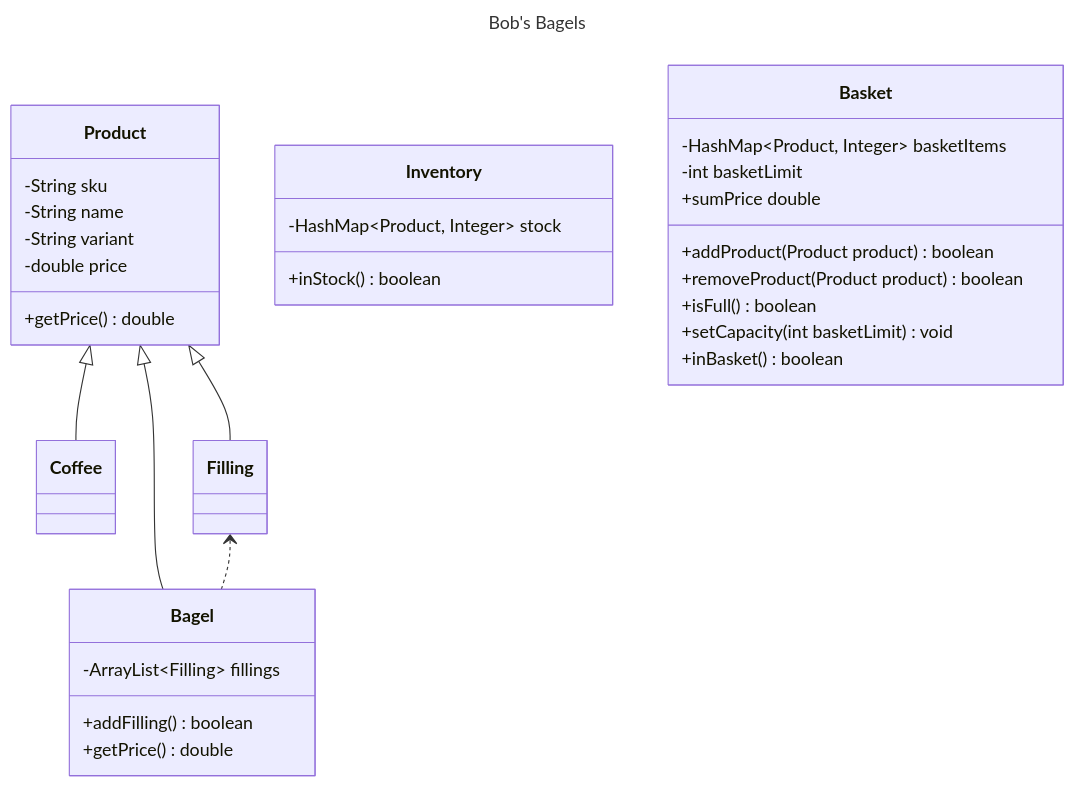
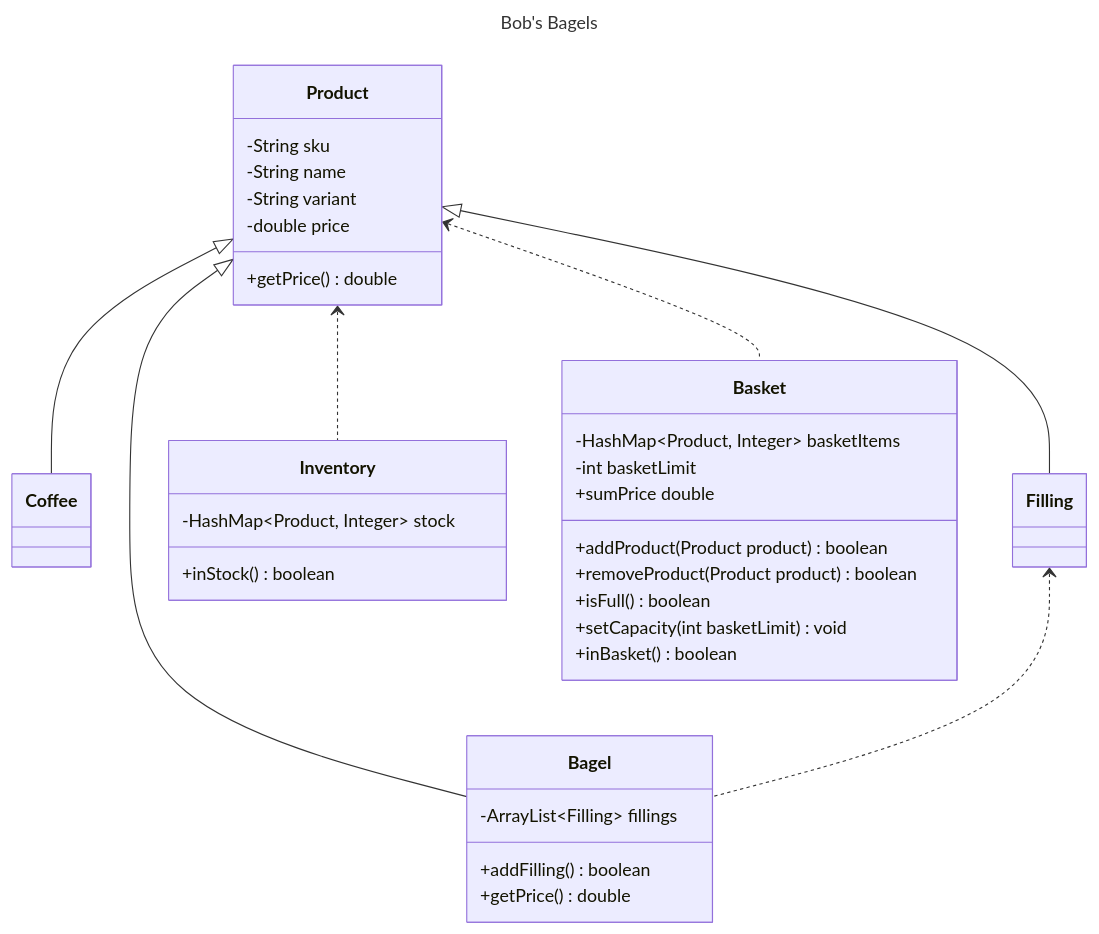
One commit to boolean-uk/java-tdd-oop-bobs-bagels changed the diagram in class-diagram-core.mmd. Above: the diagram before and after it, drawn with Mermaid. The commit also changed 3 other files, not shown here.

```diff
--- a/class-diagram-core.mmd
+++ b/class-diagram-core.mmd
@@ -1,42 +1,44 @@
 ---
 title: Bob's Bagels
 ---
 classDiagram
     Product <|-- Bagel
     Product <|-- Coffee
     Product <|-- Filling
     Filling <.. Bagel
+    Product <.. Inventory
+    Product <.. Basket
     class Product {
         -String sku
         -String name
         -String variant
         -double price
 
         +getPrice() double
     }
     class Bagel {
         -ArrayList~Filling~ fillings
         +addFilling() boolean
         +getPrice() double
 
     }
     class Coffee {
 
     }
     class Filling {
 
     }
     class Inventory {
         -HashMap~Product, Integer~ stock
         +inStock() boolean
     }
     class Basket {
         -HashMap~Product, Integer~ basketItems
         -int basketLimit
         +addProduct(Product product) boolean
         +removeProduct(Product product) boolean
         +isFull() boolean
         +setCapacity(int basketLimit) void
         +inBasket() boolean
         +sumPrice double
     }
```
